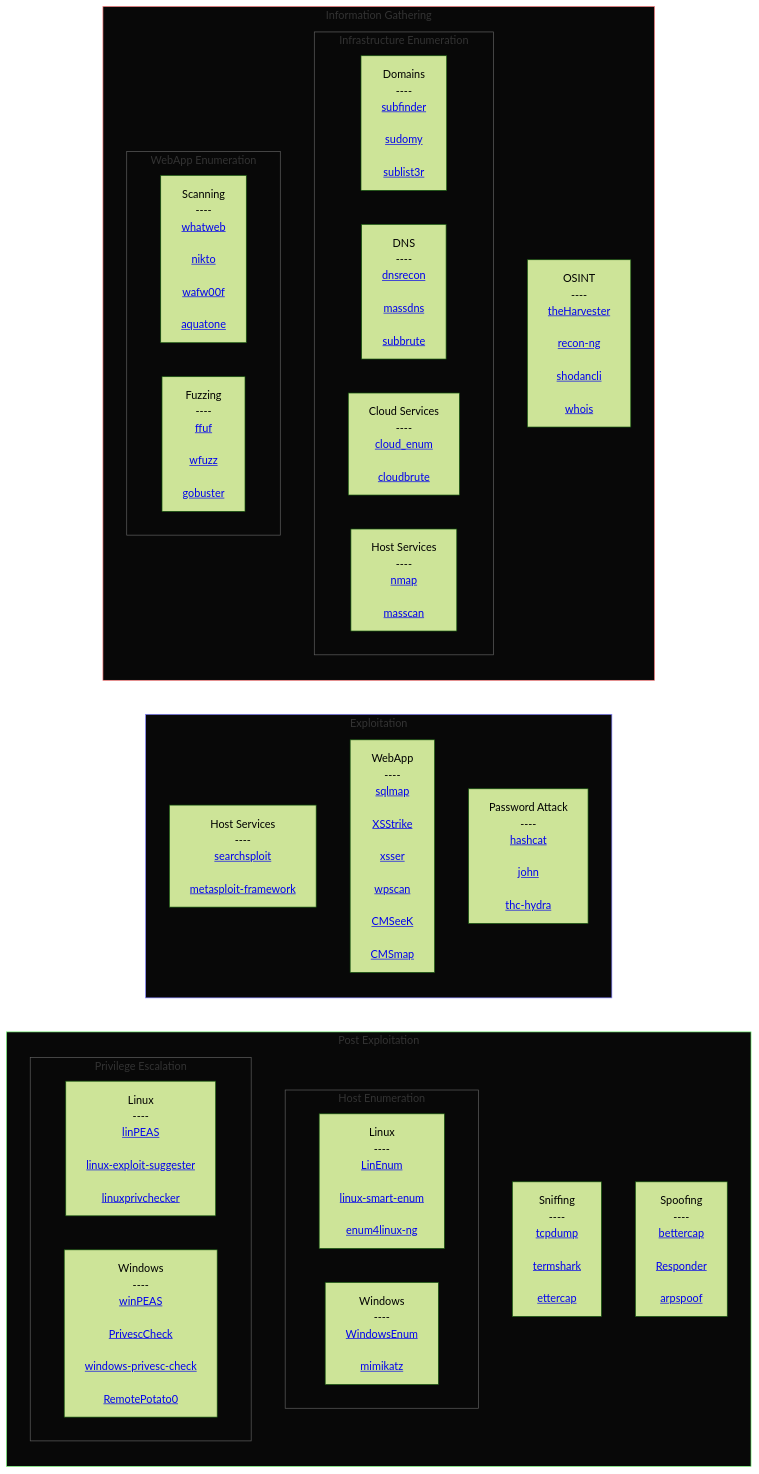
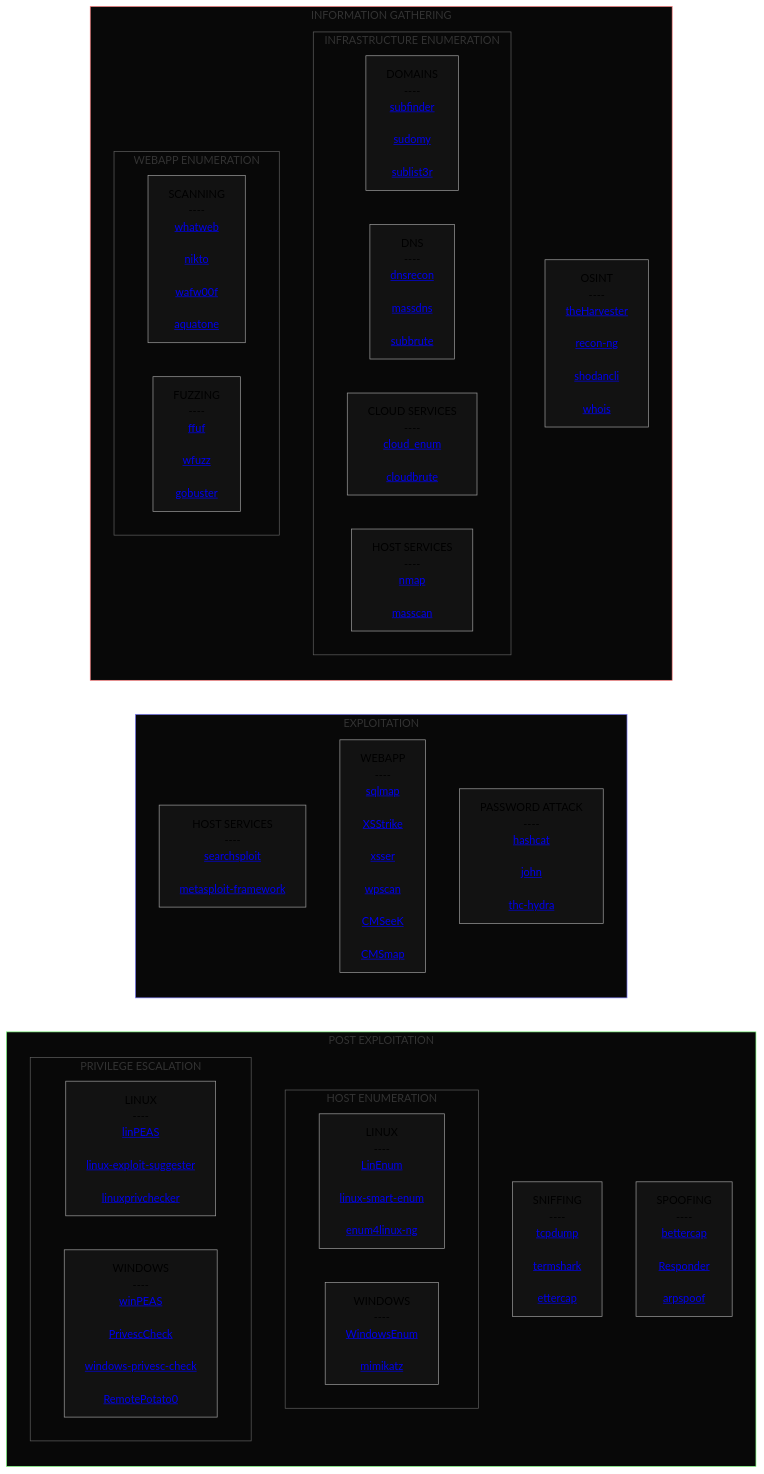
One commit to Skalyaeve/a-process changed the diagram in README.md. Above: the diagram before and after it, drawn with Mermaid (forest theme).

````diff
--- a/README.md
+++ b/README.md
@@ -1,11 +1,11 @@
 ```mermaid
 flowchart LR
-    subgraph post-exploitation[Post Exploitation]
+    subgraph post-exploitation[POST EXPLOITATION]
     direction TB
-        subgraph host-enumeration[Host Enumeration]
+        subgraph host-enumeration[HOST ENUMERATION]
         direction LR
             linux-en[
-                Linux
+                LINUX
                 ----
                 <a href='https://github.com/rebootuser/LinEnum'>LinEnum</a>
 
@@ -14,17 +14,17 @@
                 <a href='https://github.com/cddmp/enum4linux-ng'>enum4linux-ng</a>
             ]
             windows-en[
-                Windows
+                WINDOWS
                 ----
                 <a href='https://github.com/absolomb/WindowsEnum'>WindowsEnum</a>
 
                 <a href='https://github.com/gentilkiwi/mimikatz'>mimikatz</a>
             ]
         end
-        subgraph privilege-escalation[Privilege Escalation]
+        subgraph privilege-escalation[PRIVILEGE ESCALATION]
         direction LR
             linux-pe[
-                Linux
+                LINUX
                 ----
                 <a href='https://github.com/peass-ng/PEASS-ng/tree/master/linPEAS'>linPEAS</a>
 
@@ -33,7 +33,7 @@
                 <a href='https://github.com/sleventyeleven/linuxprivchecker'>linuxprivchecker</a>
             ]
             windows-pe[
-                Windows
+                WINDOWS
                 ----
                 <a href='https://github.com/peass-ng/PEASS-ng/tree/master/winPEAS'>winPEAS</a>
 
@@ -45,7 +45,7 @@
             ]
         end
         sniffing[
-            Sniffing
+            SNIFFING
             ----
             <a href='https://github.com/the-tcpdump-group/tcpdump'>tcpdump</a>
 
@@ -54,7 +54,7 @@
             <a href='https://github.com/Ettercap/ettercap'>ettercap</a>
         ]
         spoofing[
-            Spoofing
+            SPOOFING
             ----
             <a href='https://github.com/bettercap/bettercap'>bettercap</a>
 
@@ -63,17 +63,17 @@
             <a href='https://github.com/alandau/arpspoof'>arpspoof</a>
         ]
     end
-    subgraph exploitation[Exploitation]
+    subgraph exploitation[EXPLOITATION]
     direction TB
         host-services[
-            Host Services
+            HOST SERVICES
             ----
             <a href='https://gitlab.com/exploit-database/exploitdb'>searchsploit</a>
 
             <a href='https://github.com/rapid7/metasploit-framework'>metasploit-framework</a>
         ]
         webapp[
-            WebApp
+            WEBAPP
             ----
             <a href='https://github.com/sqlmapproject/sqlmap'>sqlmap
 
@@ -88,7 +88,7 @@
             <a href='https://github.com/dionach/CMSmap'>CMSmap</a>
         ]
         password-attack[
-            Password Attack
+            PASSWORD ATTACK
             ----
             <a href='https://github.com/hashcat/hashcat'>hashcat</a>
 
@@ -97,7 +97,7 @@
             <a href='https://github.com/vanhauser-thc/thc-hydra'>thc-hydra</a>
         ]
     end
-    subgraph information-gathering[Information Gathering]
+    subgraph information-gathering[INFORMATION GATHERING]
     direction TB
         osint[
             OSINT
@@ -110,10 +110,10 @@
 
             <a href='https://github.com/weppos/whois'>whois</a>
         ]
-        subgraph infrastructure-enumeration[Infrastructure Enumeration]
+        subgraph infrastructure-enumeration[INFRASTRUCTURE ENUMERATION]
         direction LR
             domains[
-                Domains
+                DOMAINS
                 ----
                 <a href='https://github.com/projectdiscovery/subfinder'>subfinder</a>
 
@@ -131,24 +131,24 @@
                 <a href='https://github.com/TheRook/subbrute'>subbrute</a>
             ]
             cloud[
-                Cloud Services
+                CLOUD SERVICES
                 ----
                 <a href='https://github.com/initstring/cloud_enum'>cloud_enum</a>
 
                 <a href='https://github.com/0xsha/CloudBrute'>cloudbrute</a>
             ]
             host[
-                Host Services
+                HOST SERVICES
                 ----
                 <a href='https://github.com/nmap/nmap'>nmap</a>
 
                 <a href='https://github.com/robertdavidgraham/masscan'>masscan</a>
             ]
         end
-        subgraph webapp-enumeration[WebApp Enumeration]
+        subgraph webapp-enumeration[WEBAPP ENUMERATION]
         direction LR
             scanning[
-                Scanning
+                SCANNING
                 ----
                 <a href='https://github.com/urbanadventurer/WhatWeb'>whatweb</a>
 
@@ -159,7 +159,7 @@
                 <a href='https://github.com/michenriksen/aquatone'>aquatone</a>
             ]
             fuzzing[
-                Fuzzing
+                FUZZING
                 ----
                 <a href='https://github.com/ffuf/ffuf'>ffuf</a>
 
@@ -170,10 +170,28 @@
         end
     end
 style information-gathering fill:#080808,stroke:#ff8080
+style osint fill:#121212,stroke:#a0a0a0
 style infrastructure-enumeration fill:#080808,stroke:#606060
+style domains fill:#121212,stroke:#a0a0a0
+style dns fill:#121212,stroke:#a0a0a0
+style cloud fill:#121212,stroke:#a0a0a0
+style host fill:#121212,stroke:#a0a0a0
 style webapp-enumeration fill:#080808,stroke:#606060
+style scanning fill:#121212,stroke:#a0a0a0
+style fuzzing fill:#121212,stroke:#a0a0a0
+
 style exploitation fill:#080808,stroke:#8080ff
+style host-services fill:#121212,stroke:#a0a0a0
+style webapp fill:#121212,stroke:#a0a0a0
+style password-attack fill:#121212,stroke:#a0a0a0
+
 style post-exploitation fill:#080808,stroke:#80ff80
 style host-enumeration fill:#080808,stroke:#606060
+style linux-en fill:#121212,stroke:#a0a0a0
+style windows-en fill:#121212,stroke:#a0a0a0
 style privilege-escalation fill:#080808,stroke:#606060
+style linux-pe fill:#121212,stroke:#a0a0a0
+style windows-pe fill:#121212,stroke:#a0a0a0
+style sniffing fill:#121212,stroke:#a0a0a0
+style spoofing fill:#121212,stroke:#a0a0a0
 ```
````
